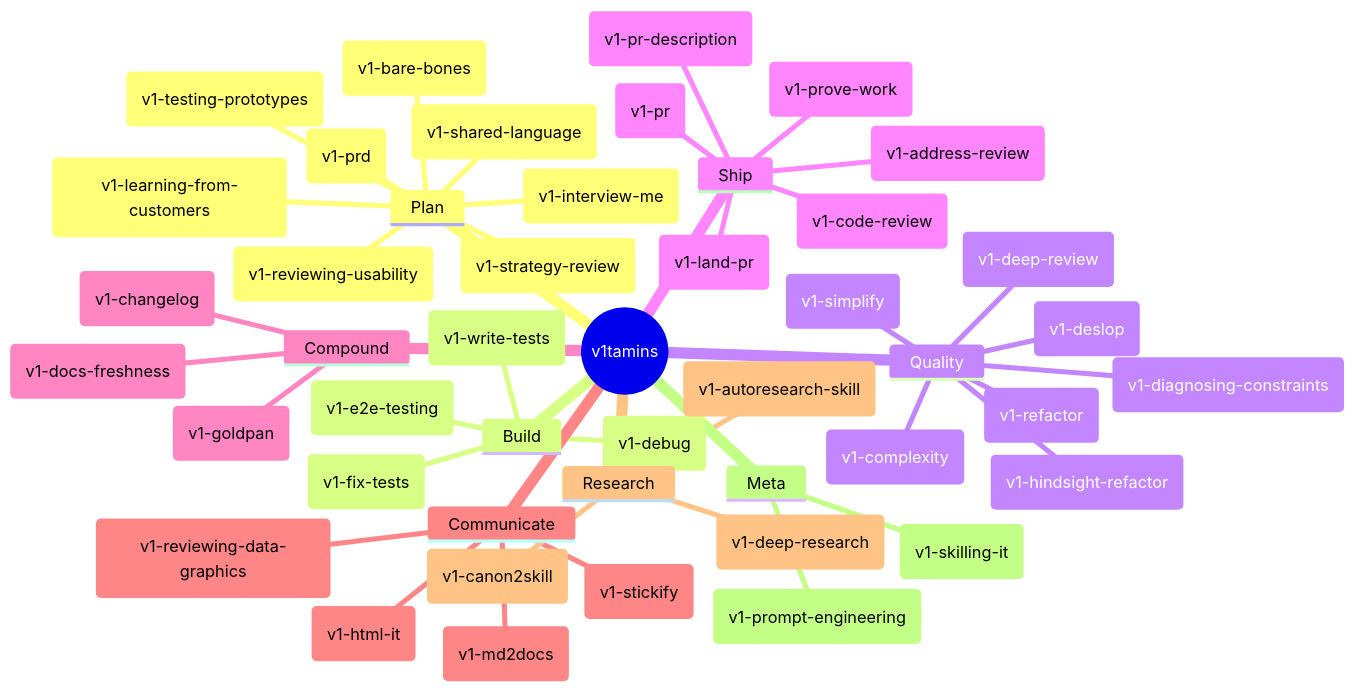
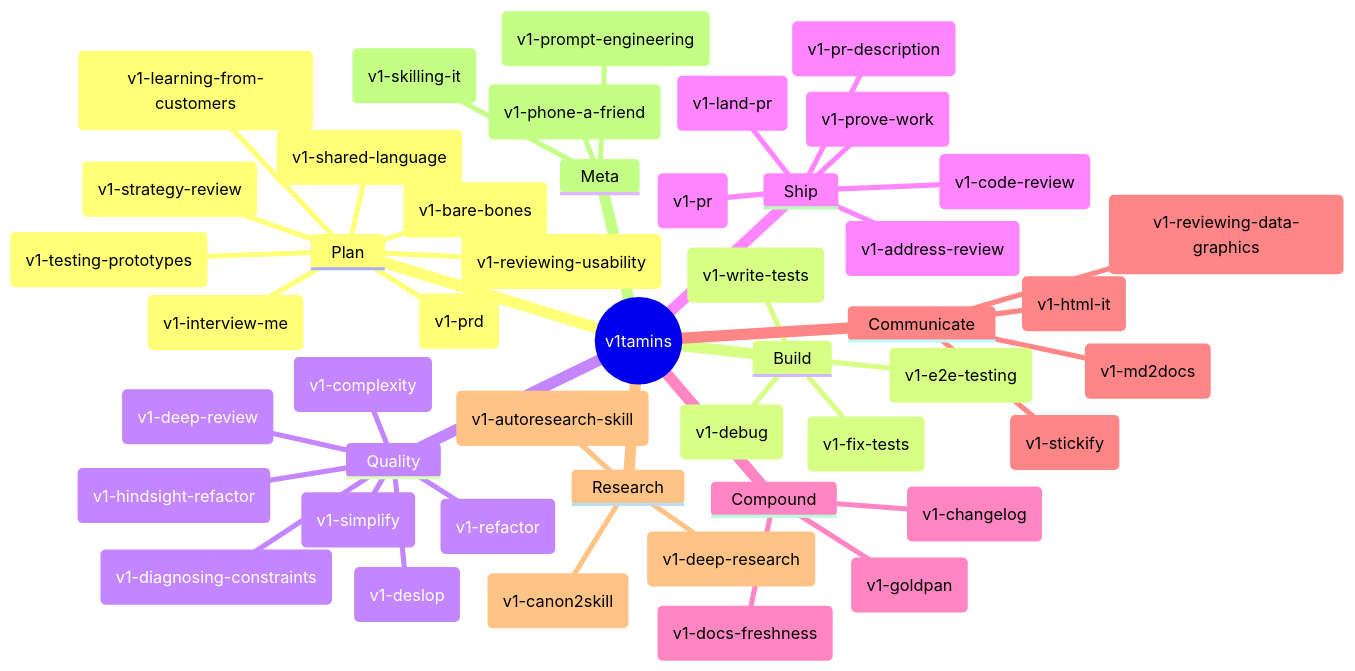
Before and after one commit to v1-io/v1tamins: the first of 6 diagrams in README.md, drawn with Mermaid. The commit also changed other lines of this file and 4 other files, not shown here.

````diff
--- a/README.md
+++ b/README.md
@@ -67,49 +67,50 @@
 ```mermaid
 mindmap
   root((v1tamins))
     Plan
       ("v1-interview-me")
       ("v1-strategy-review")
       ("v1-bare-bones")
       ("v1-shared-language")
       ("v1-prd")
       ("v1-learning-from-customers")
       ("v1-testing-prototypes")
       ("v1-reviewing-usability")
     Build
       ("v1-debug")
       ("v1-fix-tests")
       ("v1-write-tests")
       ("v1-e2e-testing")
     Quality
       ("v1-simplify")
       ("v1-deslop")
       ("v1-refactor")
       ("v1-complexity")
       ("v1-hindsight-refactor")
       ("v1-deep-review")
       ("v1-diagnosing-constraints")
     Ship
       ("v1-pr")
       ("v1-pr-description")
       ("v1-land-pr")
       ("v1-code-review")
       ("v1-address-review")
       ("v1-prove-work")
     Compound
       ("v1-goldpan")
       ("v1-docs-freshness")
       ("v1-changelog")
     Communicate
       ("v1-stickify")
       ("v1-md2docs")
       ("v1-html-it")
       ("v1-reviewing-data-graphics")
     Research
       ("v1-deep-research")
       ("v1-autoresearch-skill")
       ("v1-canon2skill")
     Meta
+      ("v1-phone-a-friend")
       ("v1-skilling-it")
       ("v1-prompt-engineering")
 ```
````
